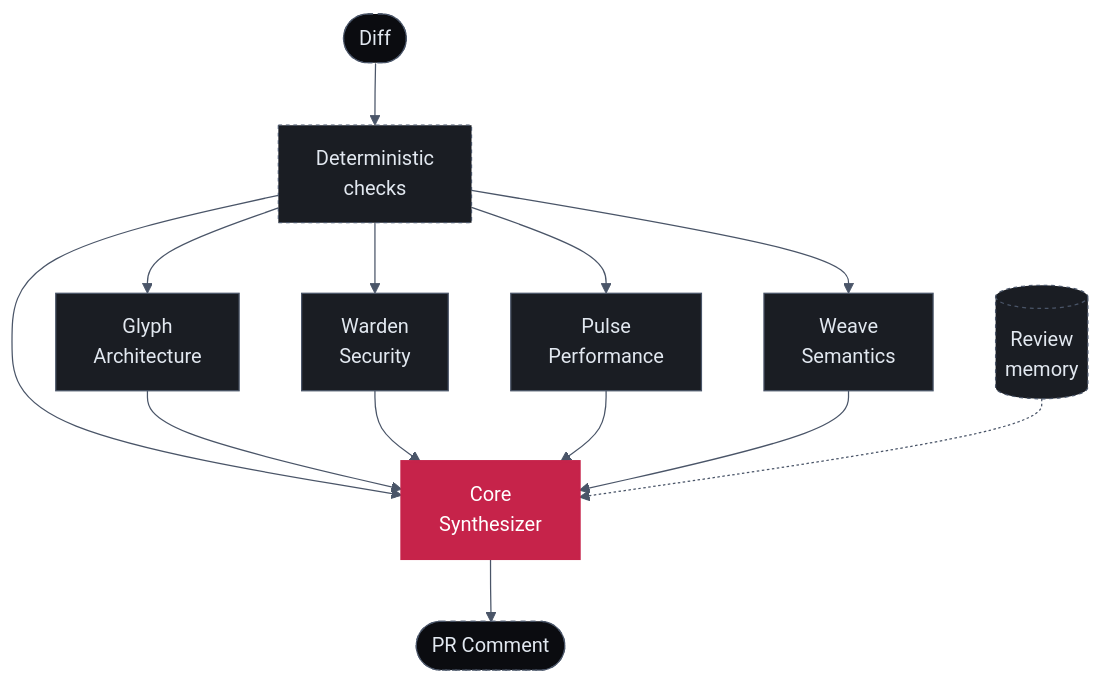
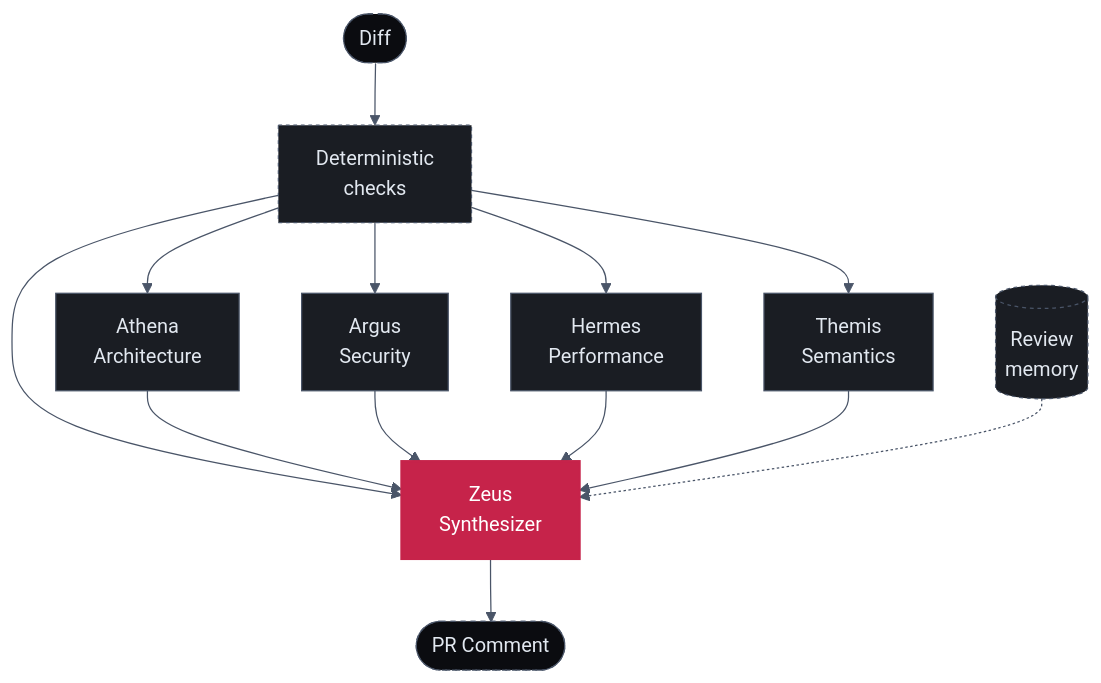
The diagram in how-it-works/the-ensemble.mdx (Arc-and-Anchor/sigilix-docs), drawn with Mermaid before and after one commit. The commit also changed other lines of this file and 34 other files, not shown here.

````diff
--- a/how-it-works/the-ensemble.mdx
+++ b/how-it-works/the-ensemble.mdx
@@ -12,46 +12,46 @@
 ```mermaid
 %%{init: {
   'theme': 'base',
   'themeVariables': {
     'background': '#0B0C10',
     'primaryColor': '#1A1D23',
     'primaryTextColor': '#E2E8F0',
     'primaryBorderColor': '#4A5568',
     'lineColor': '#4A5568',
     'fontFamily': 'ui-monospace, SFMono-Regular, Menlo, Monaco, Consolas, monospace'
   }
 } }%%
 flowchart TD
     diff([Diff])
     det["Deterministic<br/>checks"]
-    glyph["Glyph<br/>Architecture"]
-    warden["Warden<br/>Security"]
-    pulse["Pulse<br/>Performance"]
-    weave["Weave<br/>Semantics"]
-    core["Core<br/>Synthesizer"]
+    athena["Athena<br/>Architecture"]
+    argus["Argus<br/>Security"]
+    hermes["Hermes<br/>Performance"]
+    themis["Themis<br/>Semantics"]
+    zeus["Zeus<br/>Synthesizer"]
     mem[("Review<br/>memory")]
     pr([PR Comment])
 
     diff --> det
-    det --> glyph
-    det --> warden
-    det --> pulse
-    det --> weave
-    det --> core
-    glyph --> core
-    warden --> core
-    pulse --> core
-    weave --> core
-    mem -.-> core
-    core --> pr
+    det --> athena
+    det --> argus
+    det --> hermes
+    det --> themis
+    det --> zeus
+    athena --> zeus
+    argus --> zeus
+    hermes --> zeus
+    themis --> zeus
+    mem -.-> zeus
+    zeus --> pr
 
     classDef specialist fill:#1A1D23,stroke:#4A5568,color:#E2E8F0,stroke-width:1px
     classDef preLLM fill:#1A1D23,stroke:#4A5568,color:#E2E8F0,stroke-width:1px,stroke-dasharray: 3 3
-    classDef coreStyle fill:#C6234A,stroke:#C6234A,color:#FFFFFF,stroke-width:2px
+    classDef zeusStyle fill:#C6234A,stroke:#C6234A,color:#FFFFFF,stroke-width:2px
     classDef output fill:#0B0C10,stroke:#4A5568,color:#E2E8F0,stroke-width:1px,stroke-dasharray: 4 4
 
-    class glyph,warden,pulse,weave specialist
+    class athena,argus,hermes,themis specialist
     class det,mem preLLM
-    class core coreStyle
+    class zeus zeusStyle
     class diff,pr output
 ```
````
